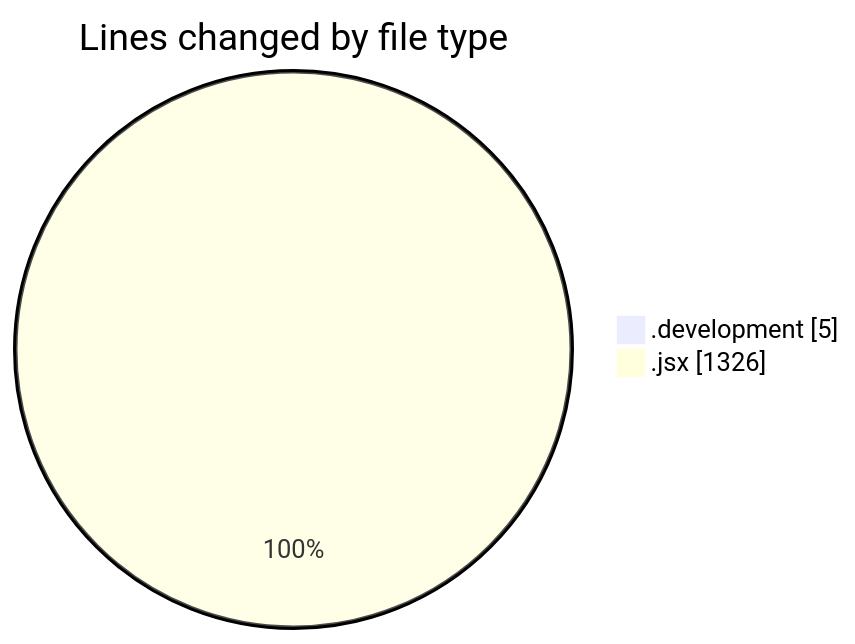
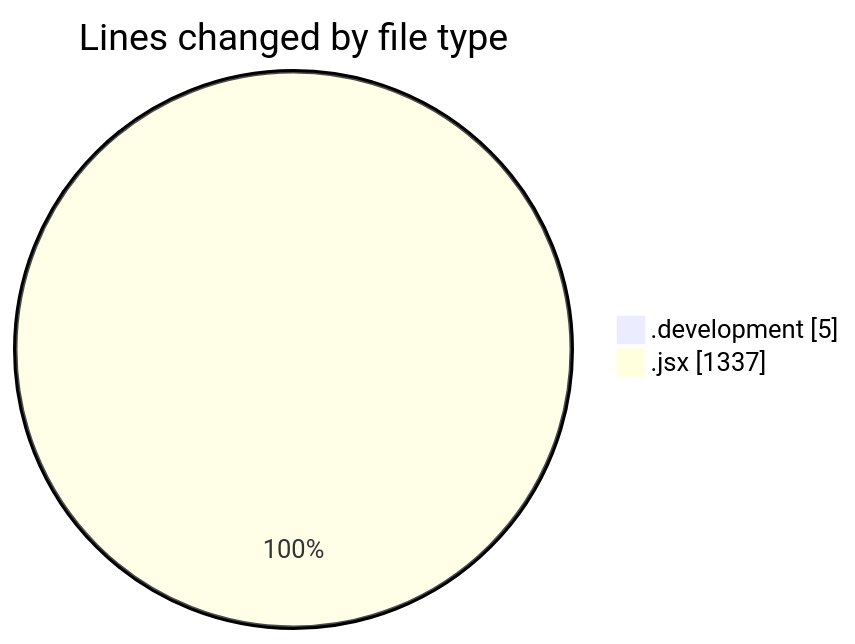
The first of 2 diagrams in 2025-09-12/nxtqube_webapp/README.md (nxtqubesakshisongat/code-tracking), drawn with Mermaid before and after one commit. The commit also changed other lines of this file and 1 other file, not shown here.

````diff
--- a/2025-09-12/nxtqube_webapp/README.md
+++ b/2025-09-12/nxtqube_webapp/README.md
@@ -21,6 +21,6 @@
 ```mermaid
 pie showData
 title Lines changed by file type
 ".development" : 5
-".jsx" : 1326
+".jsx" : 1337
 ```
````
